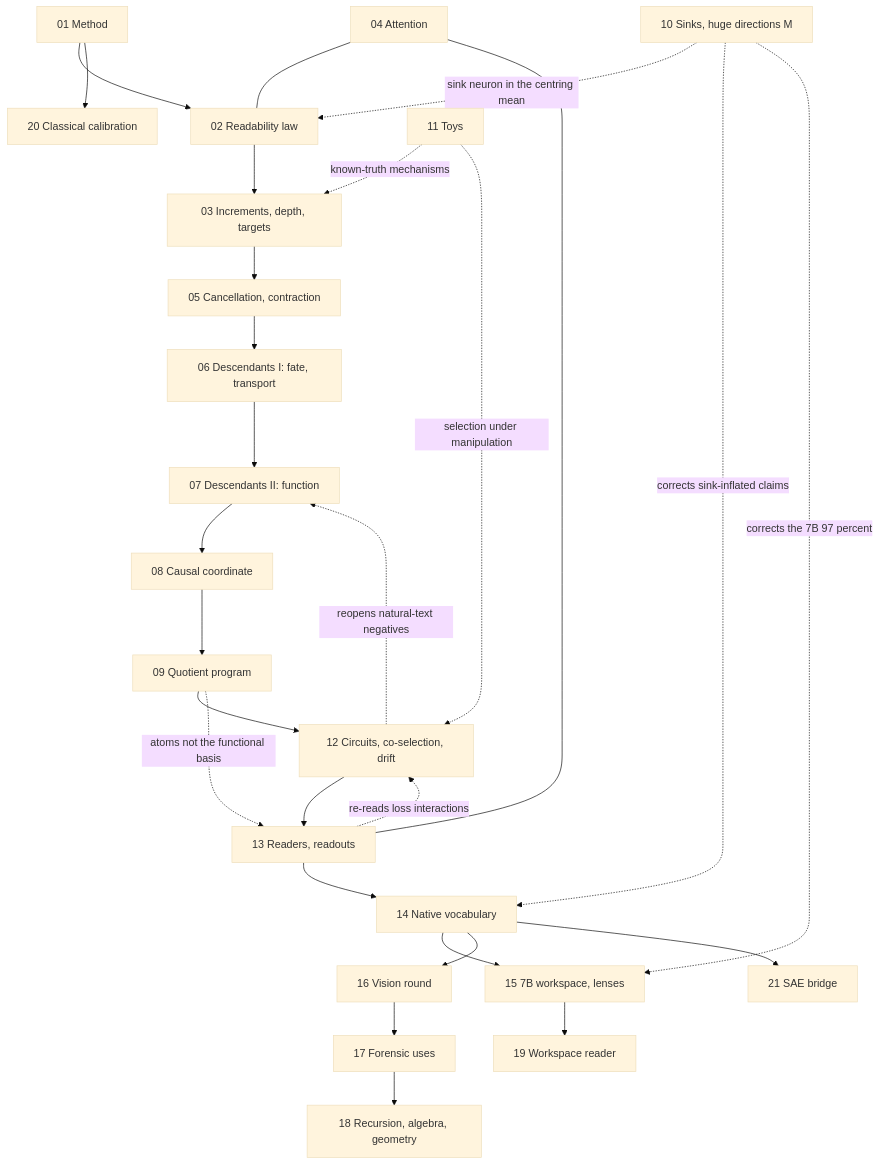
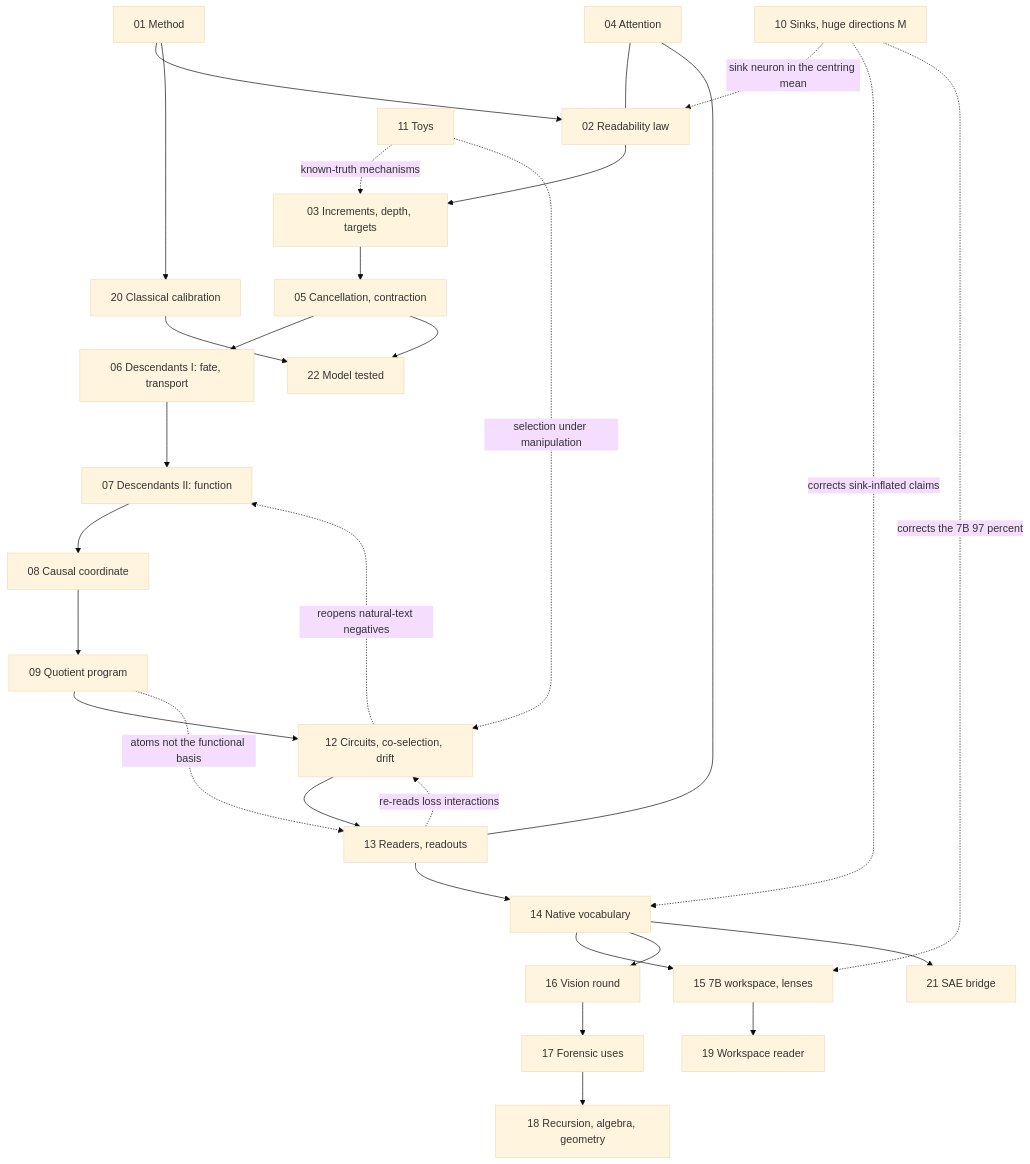
Before and after one commit to sunmoonron/wdd-descendants: the diagram in docs/ATLAS.md, drawn with Mermaid (base theme). The commit also changed other lines of this file and 45 other files, not shown here.

````diff
--- a/docs/ATLAS.md
+++ b/docs/ATLAS.md
@@ -72,30 +73,32 @@
 ```mermaid
 flowchart TD
   A01["01 Method"] --> A02["02 Readability law"]
   A02 --> A03["03 Increments, depth, targets"]
   A03 --> A05["05 Cancellation, contraction"]
   A05 --> A06["06 Descendants I: fate, transport"]
   A06 --> A07["07 Descendants II: function"]
   A07 --> A08["08 Causal coordinate"]
   A08 --> A09["09 Quotient program"]
   A09 --> A12["12 Circuits, co-selection, drift"]
   A12 --> A13["13 Readers, readouts"]
   A13 --> A14["14 Native vocabulary"]
   A14 --> A15["15 7B workspace, lenses"]
   A14 --> A16["16 Vision round"]
   A16 --> A17["17 Forensic uses"]
   A17 --> A18["18 Recursion, algebra, geometry"]
   A15 --> A19["19 Workspace reader"]
   A01 --> A20["20 Classical calibration"]
   A14 --> A21["21 SAE bridge"]
+  A20 --> A22["22 Model tested"]
+  A05 --> A22
   A04["04 Attention"] --- A02
   A04 --- A13
   A10["10 Sinks, huge directions M"] -.->|sink neuron in the centring mean| A02
   A10 -.->|corrects sink-inflated claims| A14
   A10 -.->|corrects the 7B 97 percent| A15
   A11["11 Toys"] -.->|known-truth mechanisms| A03
   A11 -.->|selection under manipulation| A12
   A12 -.->|reopens natural-text negatives| A07
   A13 -.->|re-reads loss interactions| A12
   A09 -.->|atoms not the functional basis| A13
 ```
````
